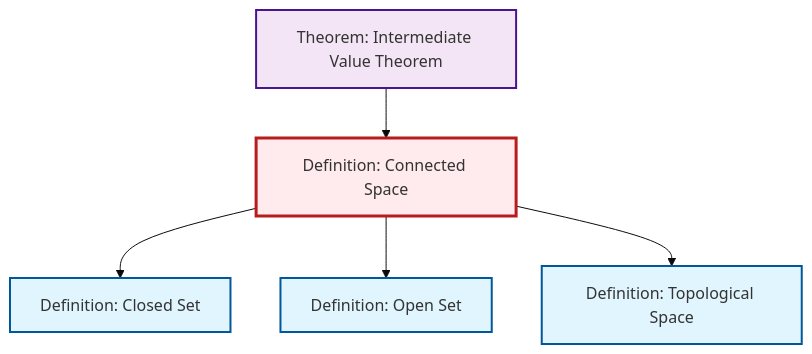
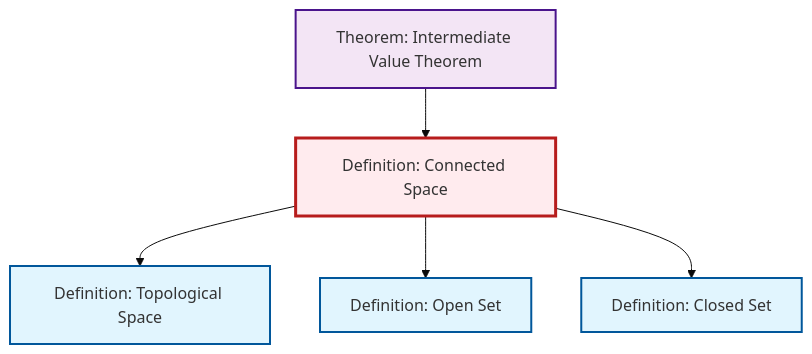
One commit to RK0429/ModernMath changed the diagram in content/ja/topology/def-connected.qmd. Above: the diagram before and after it, drawn with Mermaid (base theme). The commit also changed other lines of this file and 530 other files, not shown here.

````diff
--- a/content/ja/topology/def-connected.qmd
+++ b/content/ja/topology/def-connected.qmd
@@ -50,23 +50,23 @@
 ```{mermaid}
 %%| fig-cap: "Local dependency graph"
 graph TD
     classDef definition fill:#e1f5fe,stroke:#01579b,stroke-width:2px
     classDef theorem fill:#f3e5f5,stroke:#4a148c,stroke-width:2px
     classDef axiom fill:#fff3e0,stroke:#e65100,stroke-width:2px
     classDef example fill:#e8f5e9,stroke:#1b5e20,stroke-width:2px
     classDef current fill:#ffebee,stroke:#b71c1c,stroke-width:3px
+    thm-intermediate-value["Theorem: Intermediate Value Theorem"]:::theorem
+    def-topological-space["Definition: Topological Space"]:::definition
     def-open-set["Definition: Open Set"]:::definition
     def-closed-set["Definition: Closed Set"]:::definition
-    thm-intermediate-value["Theorem: Intermediate Value Theorem"]:::theorem
     def-connected["Definition: Connected Space"]:::definition
-    def-topological-space["Definition: Topological Space"]:::definition
+    def-connected --> def-topological-space
     thm-intermediate-value --> def-connected
+    def-connected --> def-open-set
     def-connected --> def-closed-set
-    def-connected --> def-open-set
-    def-connected --> def-topological-space
     class def-connected current
+    click thm-intermediate-value "thm-intermediate-value.html" "Theorem: Intermediate Value Theoremへ"
+    click def-topological-space "def-topological-space.html" "Definition: Topological Spaceへ"
     click def-open-set "def-open-set.html" "Definition: Open Setへ"
     click def-closed-set "def-closed-set.html" "Definition: Closed Setへ"
-    click thm-intermediate-value "thm-intermediate-value.html" "Theorem: Intermediate Value Theoremへ"
-    click def-topological-space "def-topological-space.html" "Definition: Topological Spaceへ"
 ```
````
